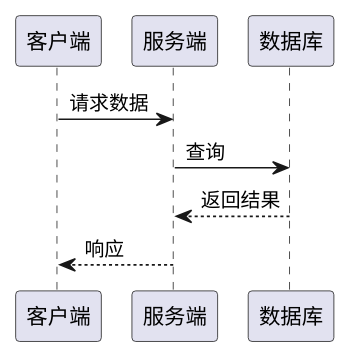
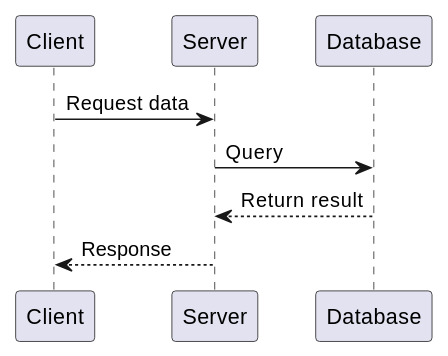
One commit to GOODDAYDAY/my-skills changed the second of 5 diagrams in _shared/plantuml.md. Above: the diagram before and after it, drawn with PlantUML. The commit also changed other lines of this file and 18 other files, not shown here.

````diff
--- a/_shared/plantuml.md
+++ b/_shared/plantuml.md
@@ -60,11 +92,11 @@
 ```plantuml
 @startuml
-participant 客户端
-participant 服务端
-participant 数据库
-客户端 -> 服务端: 请求数据
-服务端 -> 数据库: 查询
-数据库 --> 服务端: 返回结果
-服务端 --> 客户端: 响应
+participant Client
+participant Server
+participant Database
+Client -> Server: Request data
+Server -> Database: Query
+Database --> Server: Return result
+Server --> Client: Response
 @enduml
 ```
````
